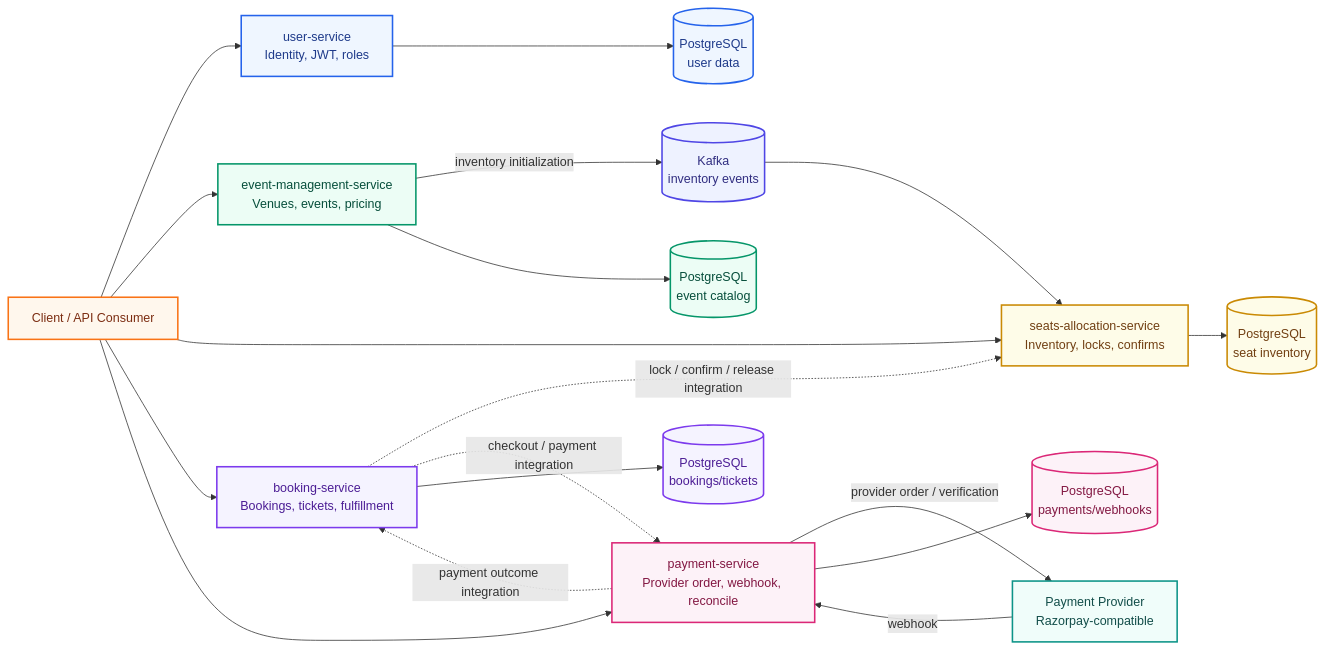
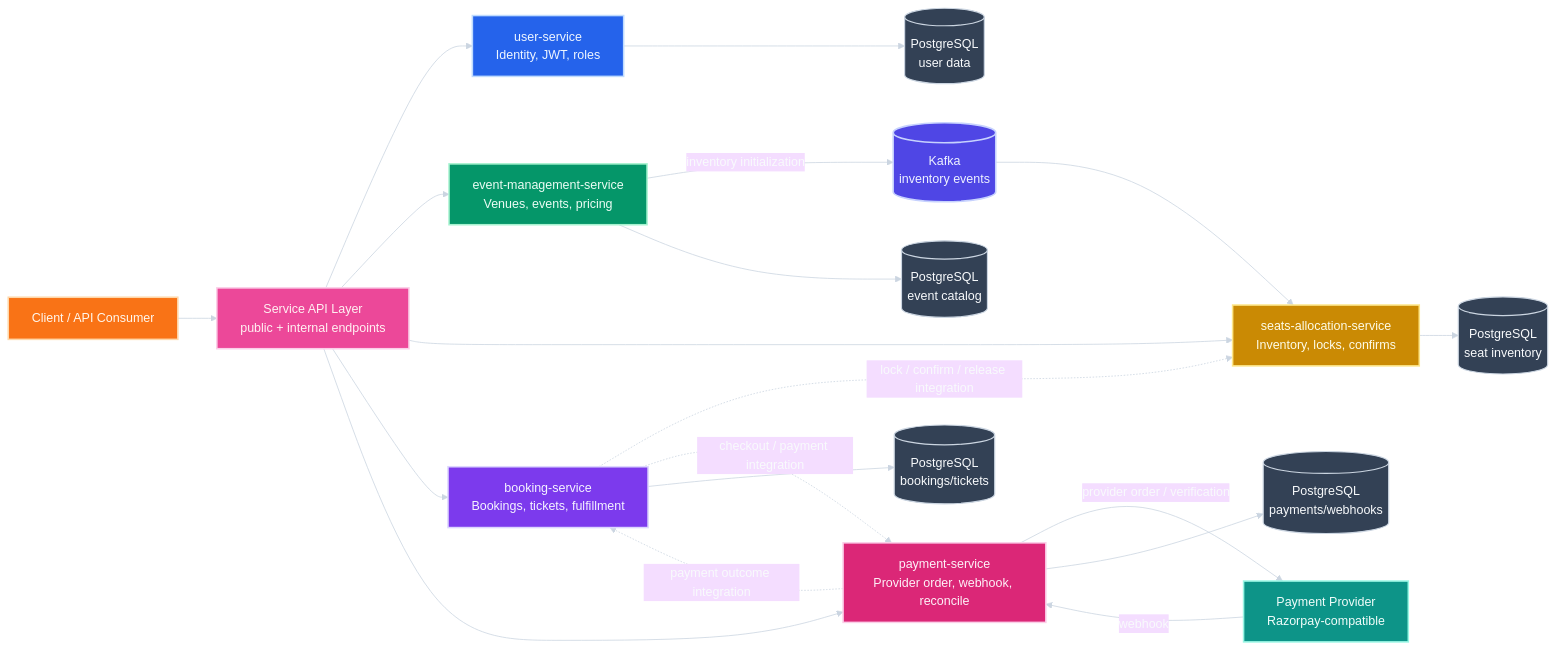
The diagram in README.md (AbhinavMantri/ticketmaster-capstone), drawn with Mermaid before and after one commit.

Commit message:
Refine architecture diagram styling

````diff
--- a/README.md
+++ b/README.md
@@ -11,57 +11,64 @@
 ```mermaid
+%%{init: {"theme":"base","themeVariables":{"background":"#1f2937","primaryTextColor":"#f8fafc","lineColor":"#cbd5e1","fontFamily":"Inter, ui-sans-serif, system-ui"}}}%%
 flowchart LR
     client["Client / API Consumer"]
+    entry["Service API Layer<br/>public + internal endpoints"]
 
     user["user-service<br/>Identity, JWT, roles"]
     event["event-management-service<br/>Venues, events, pricing"]
     seats["seats-allocation-service<br/>Inventory, locks, confirms"]
     booking["booking-service<br/>Bookings, tickets, fulfillment"]
     payment["payment-service<br/>Provider order, webhook, reconcile"]
 
     kafka[("Kafka<br/>inventory events")]
     userdb[("PostgreSQL<br/>user data")]
     eventdb[("PostgreSQL<br/>event catalog")]
     seatsdb[("PostgreSQL<br/>seat inventory")]
     bookingdb[("PostgreSQL<br/>bookings/tickets")]
     paymentdb[("PostgreSQL<br/>payments/webhooks")]
     provider["Payment Provider<br/>Razorpay-compatible"]
 
-    client --> user
-    client --> event
-    client --> seats
-    client --> booking
-    client --> payment
+    client --> entry
+    entry --> user
+    entry --> event
+    entry --> seats
+    entry --> booking
+    entry --> payment
 
     event -- "inventory initialization" --> kafka
     kafka --> seats
 
     booking -. "lock / confirm / release integration" .-> seats
     booking -. "checkout / payment integration" .-> payment
     payment -- "provider order / verification" --> provider
     provider -- "webhook" --> payment
     payment -. "payment outcome integration" .-> booking
 
     user --> userdb
     event --> eventdb
     seats --> seatsdb
     booking --> bookingdb
     payment --> paymentdb
 
-    classDef clientNode fill:#fff7ed,stroke:#f97316,stroke-width:2px,color:#7c2d12;
-    classDef identityNode fill:#eff6ff,stroke:#2563eb,stroke-width:2px,color:#1e3a8a;
-    classDef catalogNode fill:#ecfdf5,stroke:#059669,stroke-width:2px,color:#064e3b;
-    classDef inventoryNode fill:#fefce8,stroke:#ca8a04,stroke-width:2px,color:#713f12;
-    classDef fulfillmentNode fill:#f5f3ff,stroke:#7c3aed,stroke-width:2px,color:#4c1d95;
-    classDef paymentNode fill:#fdf2f8,stroke:#db2777,stroke-width:2px,color:#831843;
-    classDef streamNode fill:#eef2ff,stroke:#4f46e5,stroke-width:2px,color:#312e81;
-    classDef externalNode fill:#f0fdfa,stroke:#0d9488,stroke-width:2px,color:#134e4a;
+    classDef clientNode fill:#f97316,stroke:#fed7aa,stroke-width:2px,color:#fff7ed;
+    classDef entryNode fill:#ec4899,stroke:#fbcfe8,stroke-width:2px,color:#fff1f2;
+    classDef identityNode fill:#2563eb,stroke:#bfdbfe,stroke-width:2px,color:#eff6ff;
+    classDef catalogNode fill:#059669,stroke:#a7f3d0,stroke-width:2px,color:#ecfdf5;
+    classDef inventoryNode fill:#ca8a04,stroke:#fde68a,stroke-width:2px,color:#fefce8;
+    classDef fulfillmentNode fill:#7c3aed,stroke:#ddd6fe,stroke-width:2px,color:#f5f3ff;
+    classDef paymentNode fill:#db2777,stroke:#fbcfe8,stroke-width:2px,color:#fdf2f8;
+    classDef streamNode fill:#4f46e5,stroke:#c7d2fe,stroke-width:2px,color:#eef2ff;
+    classDef externalNode fill:#0d9488,stroke:#99f6e4,stroke-width:2px,color:#f0fdfa;
+    classDef dataNode fill:#334155,stroke:#cbd5e1,stroke-width:1.5px,color:#f8fafc;
 
     class client clientNode;
-    class user,userdb identityNode;
-    class event,eventdb catalogNode;
-    class seats,seatsdb inventoryNode;
-    class booking,bookingdb fulfillmentNode;
-    class payment,paymentdb paymentNode;
+    class entry entryNode;
+    class user identityNode;
+    class event catalogNode;
+    class seats inventoryNode;
+    class booking fulfillmentNode;
+    class payment paymentNode;
     class kafka streamNode;
     class provider externalNode;
+    class userdb,eventdb,seatsdb,bookingdb,paymentdb dataNode;
 ```
````
